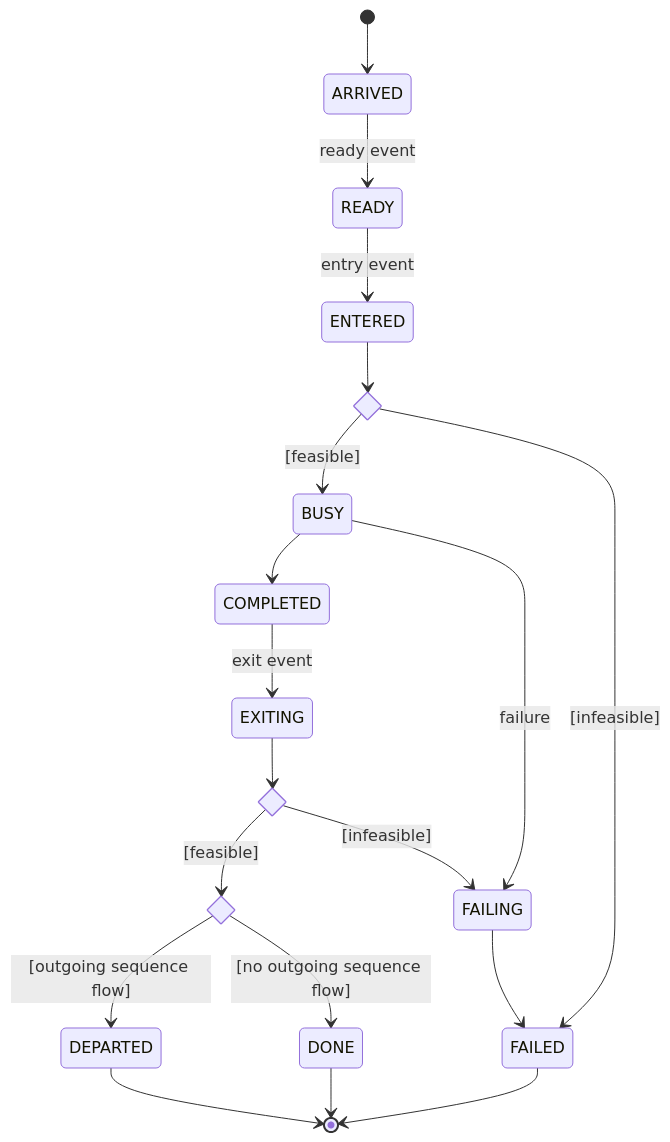
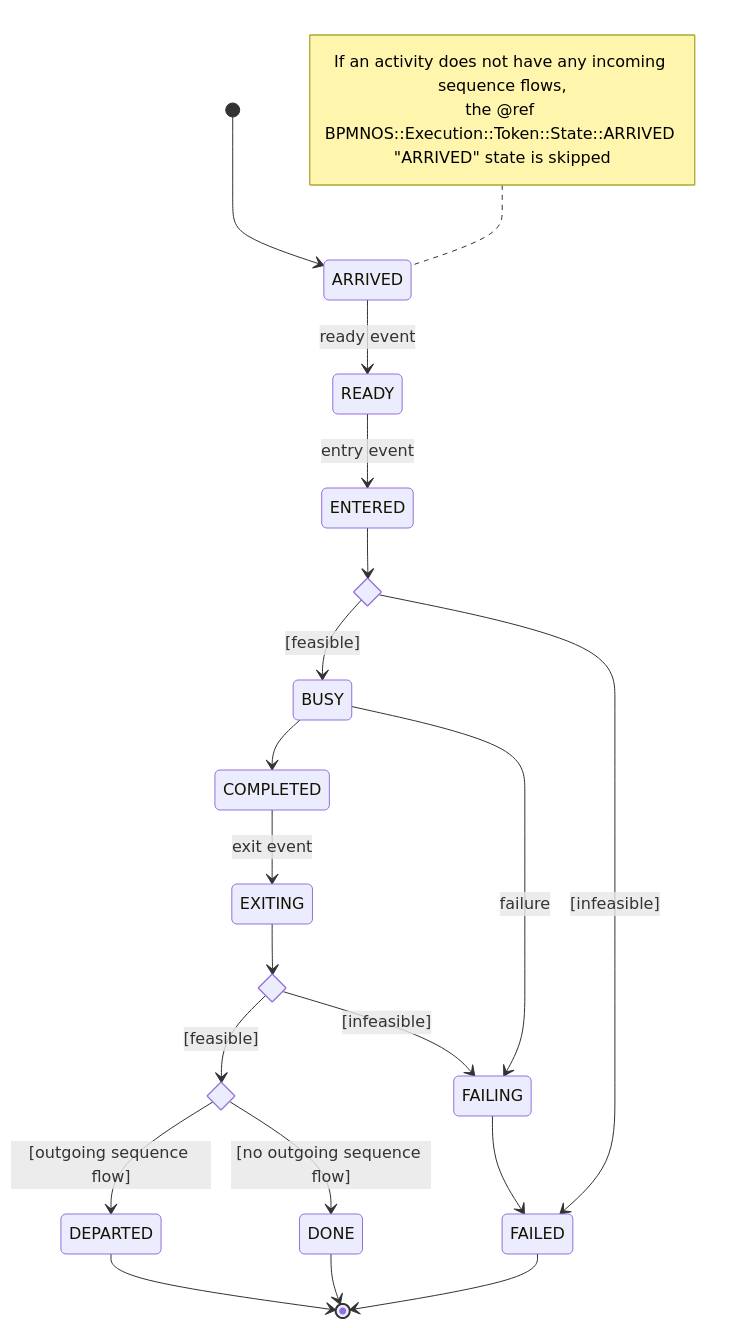
Before and after one commit to bpmn-os/bpmnos-engine: the diagram in docs/md/token_flow_logic_subprocesses.md, drawn with Mermaid. The commit also changed other lines of this file and 7 other files, not shown here.

```diff
--- a/docs/md/token_flow_logic_subprocesses.md
+++ b/docs/md/token_flow_logic_subprocesses.md
@@ -14,24 +14,28 @@
 <pre class="mermaid">
 stateDiagram-v2
     state feasibleEntry <<choice>>
     state feasibleExit <<choice>>
     state departure <<choice>>
     [*] --> ARRIVED
+    note left of ARRIVED
+      If an activity does not have any incoming sequence flows,
+      the @ref BPMNOS::Execution::Token::State::ARRIVED "ARRIVED" state is skipped 
+    end note
     ARRIVED --> READY: ready event
     READY --> ENTERED: entry event
     ENTERED --> feasibleEntry
     feasibleEntry --> BUSY: [feasible]
     feasibleEntry --> FAILED: [infeasible]
     BUSY --> COMPLETED
     BUSY --> FAILING: failure
     COMPLETED --> EXITING: exit event
     EXITING --> feasibleExit
     feasibleExit --> departure: [feasible]
     feasibleExit --> FAILING: [infeasible]
     departure --> DEPARTED: [outgoing sequence flow]
     departure --> DONE: [no outgoing sequence flow]
     DEPARTED --> [*]
     DONE --> [*]
     FAILING --> FAILED
     FAILED --> [*]
 </pre>
```
